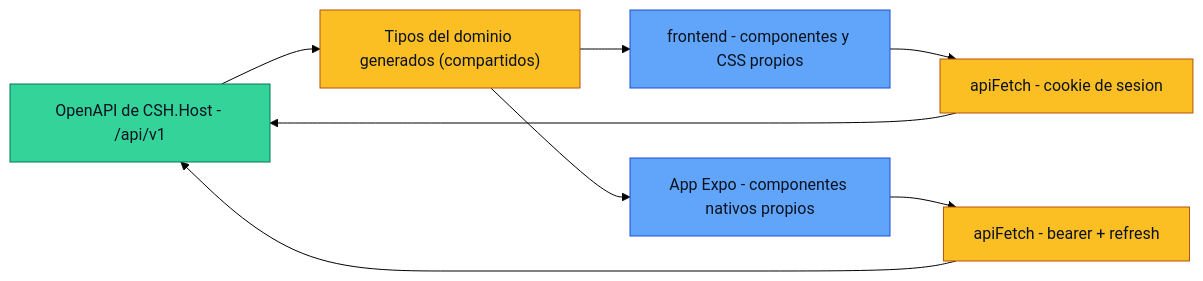
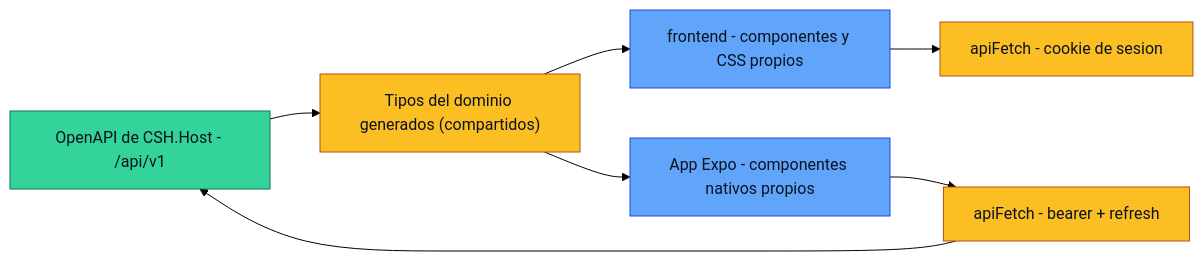
Before and after one commit to S3-Simple-Software-Solutions/CSH: the eighth of 14 diagrams in docs/diagramas.md, drawn with Mermaid (forest theme). The commit also changed other lines of this file, not shown here.

First line of the commit message:
docs(diagramas): ajustes sobre la seccion de frontend

````diff
--- a/docs/diagramas.md
+++ b/docs/diagramas.md
@@ -236,21 +213,21 @@
 ```mermaid
 flowchart LR
     classDef api fill:#34d399,color:#0b1220,stroke:#047857
     classDef comun fill:#fbbf24,color:#0b1220,stroke:#b45309
     classDef cliente fill:#60a5fa,color:#0b1220,stroke:#1d4ed8
 
     OpenAPI["OpenAPI de CSH.Host - /api/v1"]:::api
     Tipos["Tipos del dominio generados (compartidos)"]:::comun
 
     Web["frontend - componentes y CSS propios"]:::cliente
     Movil["App Expo - componentes nativos propios"]:::cliente
 
     FetchWeb["apiFetch - cookie de sesion"]:::comun
     FetchMovil["apiFetch - bearer + refresh"]:::comun
 
     OpenAPI --> Tipos
     Tipos --> Web
     Tipos --> Movil
-    Web --> FetchWeb --> OpenAPI
+    Web --> FetchWeb 
     Movil --> FetchMovil --> OpenAPI
 ```
````
